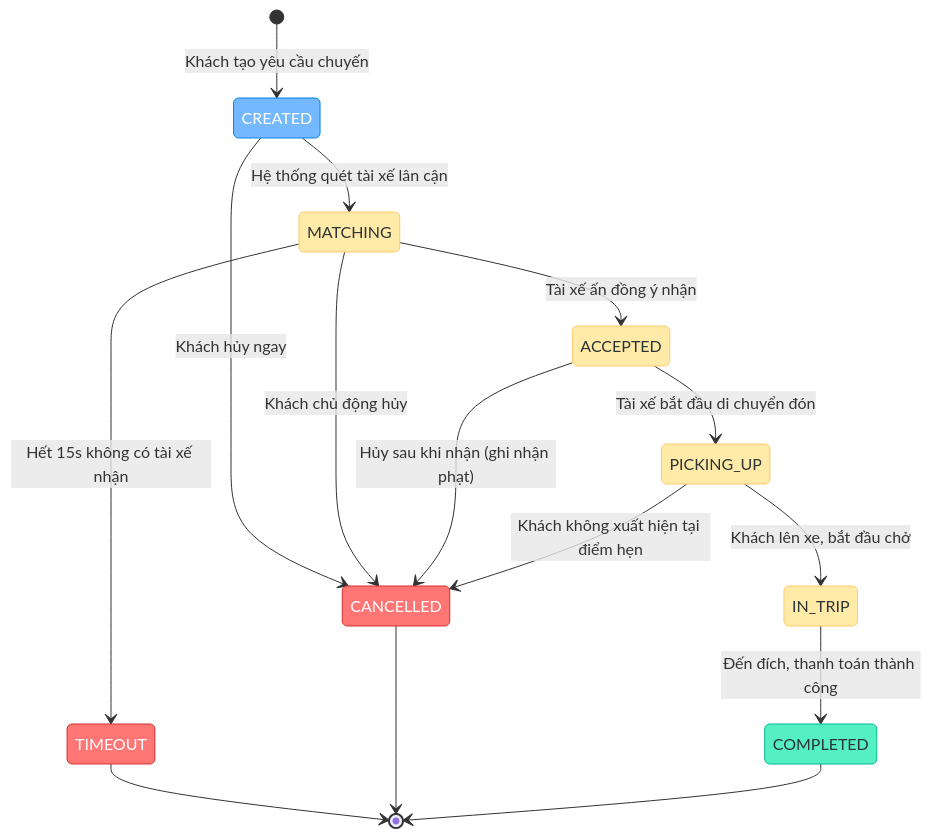
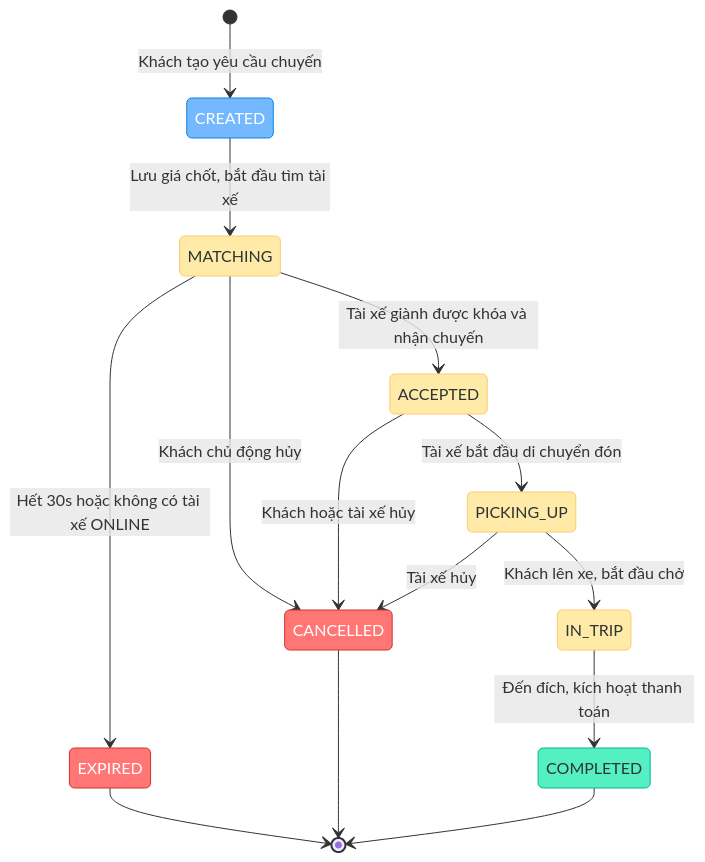
The fifth of 5 diagrams in README.md (HaiTrieu186/JB-IOC-PTHB251125_BE105_Devops_Ride_Hailling), drawn with Mermaid before and after one commit. The commit also changed other lines of this file, not shown here.

````diff
--- a/README.md
+++ b/README.md
@@ -284,27 +357,26 @@
 ```mermaid
 stateDiagram-v2
     classDef initial fill:#74b9ff,stroke:#0984e3,color:#fff;
     classDef intermediate fill:#ffeaa7,stroke:#fdcb6e,color:#2d3436;
     classDef terminal fill:#ff7675,stroke:#d63031,color:#fff;
     classDef success fill:#55efc4,stroke:#00b894,color:#2d3436;
 
     [*] --> CREATED:::initial: Khách tạo yêu cầu chuyến
-    CREATED --> MATCHING:::intermediate: Hệ thống quét tài xế lân cận
-    CREATED --> CANCELLED:::terminal: Khách hủy ngay
+    CREATED --> MATCHING:::intermediate: Lưu giá chốt, bắt đầu tìm tài xế
 
-    MATCHING --> ACCEPTED:::intermediate: Tài xế ấn đồng ý nhận
-    MATCHING --> TIMEOUT:::terminal: Hết 15s không có tài xế nhận
+    MATCHING --> ACCEPTED:::intermediate: Tài xế giành được khóa và nhận chuyến
+    MATCHING --> EXPIRED:::terminal: Hết 30s hoặc không có tài xế ONLINE
     MATCHING --> CANCELLED:::terminal: Khách chủ động hủy
 
     ACCEPTED --> PICKING_UP:::intermediate: Tài xế bắt đầu di chuyển đón
-    ACCEPTED --> CANCELLED:::terminal: Hủy sau khi nhận (ghi nhận phạt)
+    ACCEPTED --> CANCELLED:::terminal: Khách hoặc tài xế hủy
 
     PICKING_UP --> IN_TRIP:::intermediate: Khách lên xe, bắt đầu chở
-    PICKING_UP --> CANCELLED:::terminal: Khách không xuất hiện tại điểm hẹn
+    PICKING_UP --> CANCELLED:::terminal: Tài xế hủy
 
-    IN_TRIP --> COMPLETED:::success: Đến đích, thanh toán thành công
-    
-    TIMEOUT --> [*]
+    IN_TRIP --> COMPLETED:::success: Đến đích, kích hoạt thanh toán
+
+    EXPIRED --> [*]
     CANCELLED --> [*]
     COMPLETED --> [*]
 ```
````
